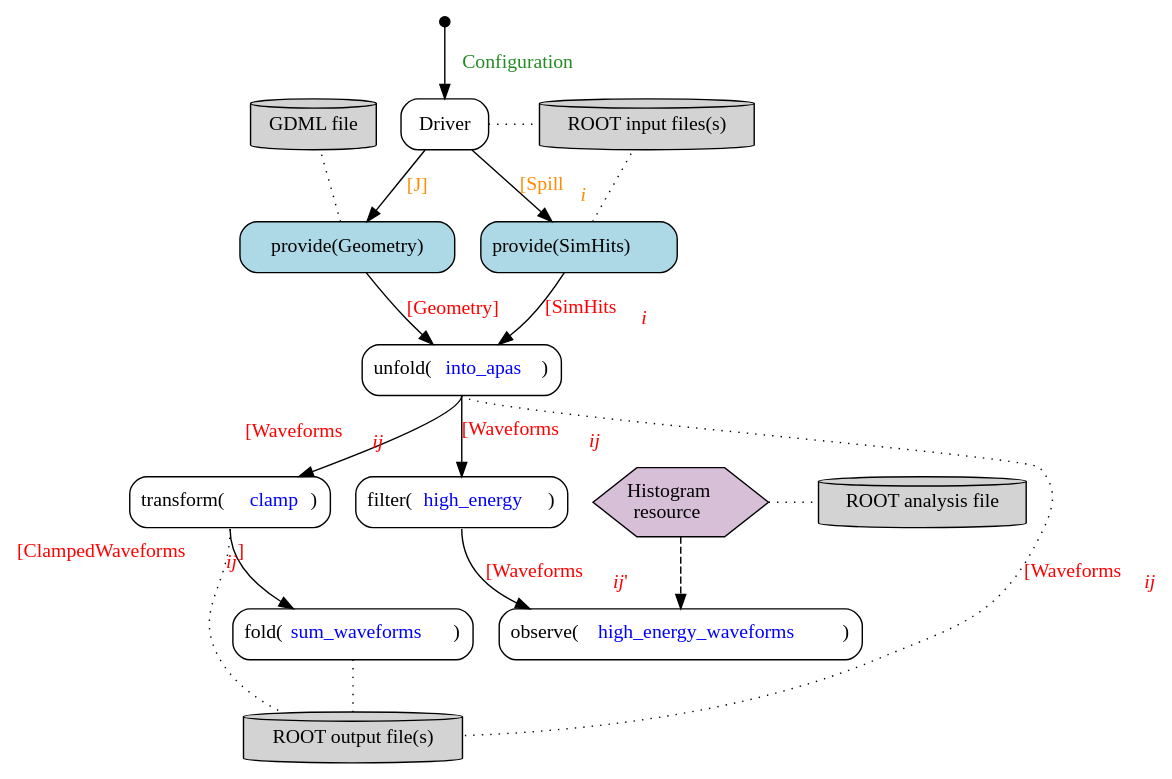
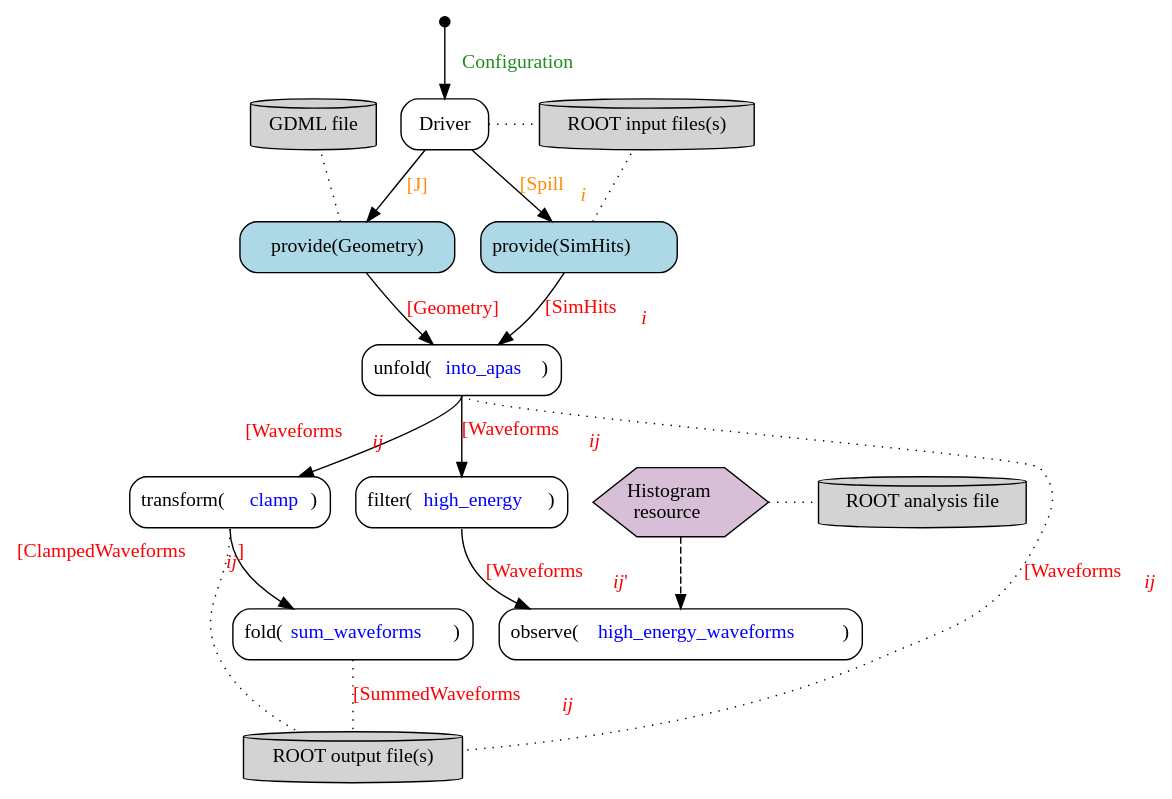
The diagram in doc/graphviz/work-flow.gv (Framework-R-D/phlex-design), drawn with Graphviz before and after one commit. The commit also changed 1 other file, not shown here.

Commit message:
updated workflow fig and data fig caption

```diff
--- a/doc/graphviz/work-flow.gv
+++ b/doc/graphviz/work-flow.gv
@@ -1,65 +1,65 @@
 digraph {
   node [shape="box", style="rounded"]
   edge [fontcolor="red"];
 
   start [shape="point", width=0.1]
   unfold [label=<unfold(<font color="blue">into_apas</font>)>]
   transform [label=<transform(<font color="blue">clamp</font>)>]
   fold [label=<fold(<font color="blue">sum_waveforms</font>)>]
   filter [label=<filter(<font color="blue">high_energy</font>)>];
   observer [label=<observe(<font color="blue">high_energy_waveforms</font>)>];
   out [label="ROOT output file(s)", shape="cylinder", style="filled", fillcolor="lightgray"]
 
   {
     rank=same;
     resource [label=<Histogram<br/> resource>,
               shape=hexagon,
               style=filled,
               fillcolor=thistle,
               margin=0];
     root [label="ROOT analysis file", style=filled, shape=cylinder];
   }
 
   start -> driver [label=" Configuration", fontcolor="forestgreen"];
 
   {
     rank=same;
     gdml [label="GDML file", shape="cylinder", style="filled", fillcolor="lightgray"]
     driver [label="Driver"];
     input [label="ROOT input files(s)", shape="cylinder", style="filled", fillcolor="lightgray"];
   }
 
   driver -> input [style="dotted", arrowhead=none];
 
   {
     rank=same;
     geometry [label="provide(Geometry)", style="filled,rounded", fillcolor="lightblue"];
     sim_hits_provider [label=<provide(SimHits)>, style="filled,rounded" fillcolor="lightblue"];
   }
 
   driver -> geometry [label=" [J]", fontcolor="darkorange"];
   driver -> sim_hits_provider [label=< [Spill<sub><i>i</i></sub>]>, fontcolor="darkorange"];
 
   geometry -> gdml [style="dotted", arrowhead=none];
   resource -> root [style="dotted", arrowhead=none];
 
   sim_hits_provider -> input [style="dotted", arrowhead=none];
   sim_hits_provider -> unfold [label=< [SimHits<sub><i>i</i></sub>]>];
   geometry -> unfold [label=< [Geometry]>];
 
   unfold:s -> transform [xlabel=< [Waveforms<sub><i>ij</i></sub>]>];
   transform:s -> fold [taillabel=<[ClampedWaveforms<sub><i>ij</i></sub>] >,
                        labelangle=-80,
                        labeldistance=7
                       ];
 
   unfold:s -> out [style="dotted", arrowhead=none, label=<[Waveforms<sub><i>ij</i></sub>]>];
   transform:s -> out [style="dotted", arrowhead=none];
 
 
   unfold:s -> filter [label=< [Waveforms<sub><i>ij</i></sub>]>];
   filter:s -> observer [label=< [Waveforms<sub><i>ij</i> '</sub>]>];
   resource -> observer [style="dashed"];
 
-  fold:s -> out [style="dotted", arrowhead=none];
+  fold:s -> out [style="dotted", arrowhead=none, label=<[SummedWaveforms<sub><i>ij</i></sub>]>];
 }
```
